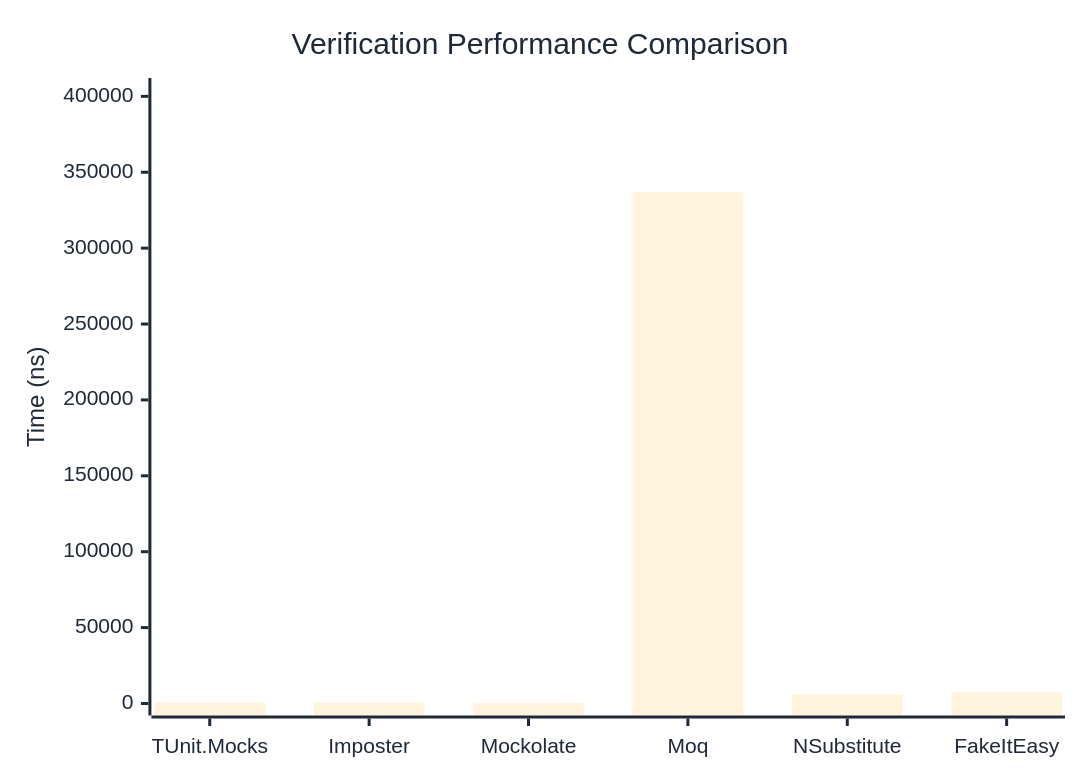
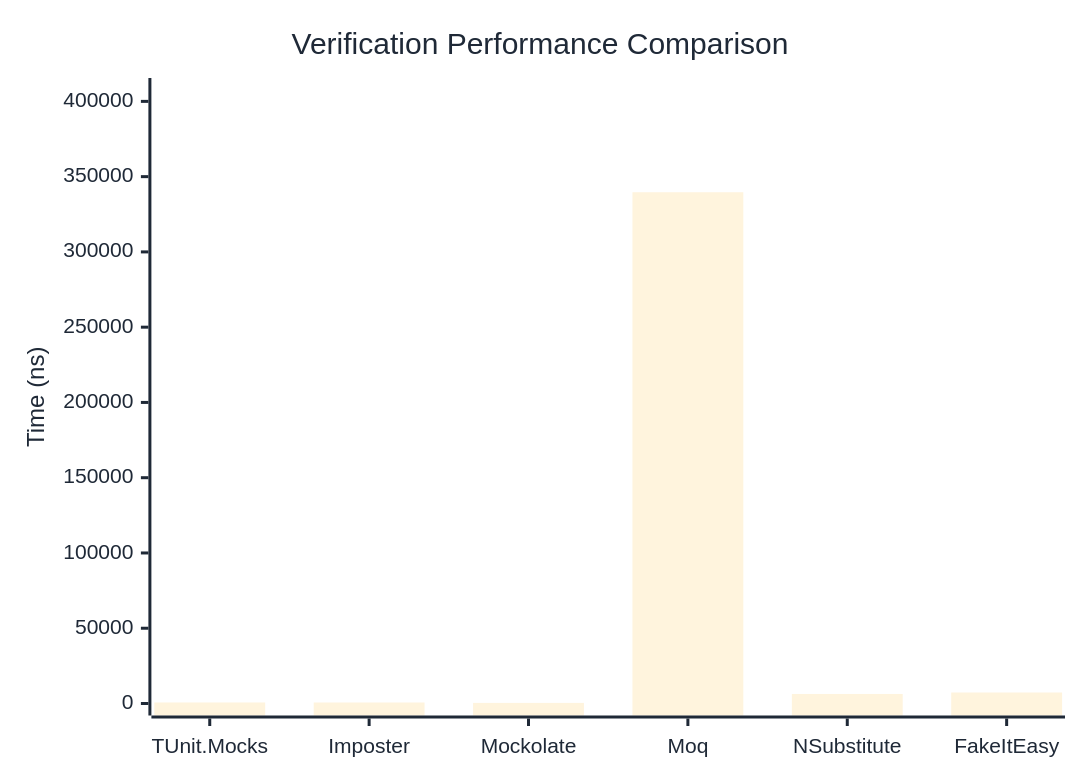
One commit to thomhurst/TUnit changed the first of 3 diagrams in docs/docs/benchmarks/mocks/Verification.md. Above: the diagram before and after it, drawn with Mermaid. The commit also changed other lines of this file and 14 other files, not shown here.

````diff
--- a/docs/docs/benchmarks/mocks/Verification.md
+++ b/docs/docs/benchmarks/mocks/Verification.md
@@ -30,27 +30,27 @@
 ```mermaid
 %%{init: {
   'theme':'base',
   'themeVariables': {
     'primaryColor': '#2563eb',
     'primaryTextColor': '#1f2937',
     'primaryBorderColor': '#1e40af',
     'lineColor': '#6b7280',
     'secondaryColor': '#7c3aed',
     'tertiaryColor': '#dc2626',
     'background': '#ffffff',
     'pie1': '#2563eb',
     'pie2': '#7c3aed',
     'pie3': '#dc2626',
     'pie4': '#f59e0b',
     'pie5': '#10b981',
     'pie6': '#06b6d4',
     'pie7': '#ec4899',
     'pie8': '#6366f1'
   }
 }}%%
 xychart-beta
   title "Verification Performance Comparison"
   x-axis ["TUnit.Mocks", "Imposter", "Mockolate", "Moq", "NSubstitute", "FakeItEasy"]
-  y-axis "Time (ns)" 0 --> 404187
-  bar [680.02, 683.29, 401.22, 336822.14, 6038.47, 7256.87]
+  y-axis "Time (ns)" 0 --> 407557
+  bar [687.26, 667.16, 400.01, 339630.15, 6334.52, 7308.63]
 ```
````
